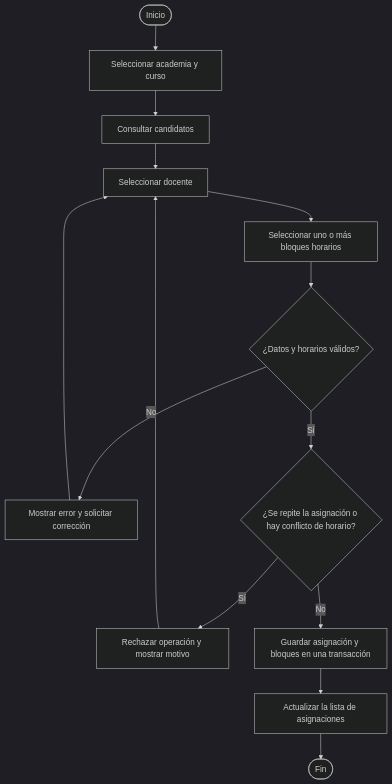
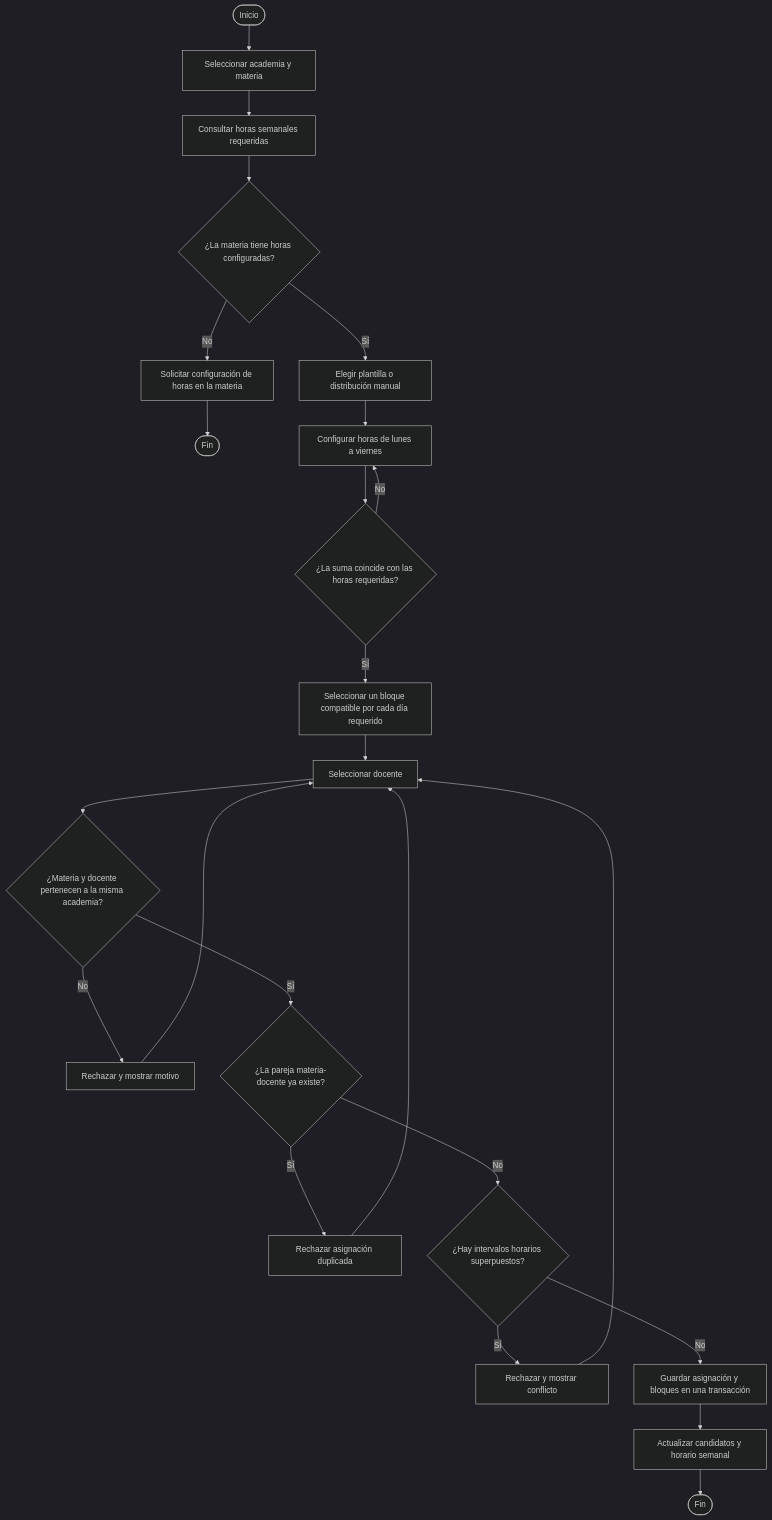
The first of 2 diagrams in levantamiento_requerimientos.md (kevin-coronado-carmona-201398/sistema-gestion-docentes), drawn with Mermaid (dark theme) before and after one commit. The commit also changed other lines of this file and 7 other files, not shown here.

````diff
--- a/levantamiento_requerimientos.md
+++ b/levantamiento_requerimientos.md
@@ -420,16 +666,26 @@
 ```mermaid
 flowchart TD
-    A([Inicio]) --> B[Seleccionar academia y curso]
-    B --> C[Consultar candidatos]
-    C --> D[Seleccionar docente]
-    D --> E[Seleccionar uno o más bloques horarios]
-    E --> F{¿Datos y horarios válidos?}
-    F -- No --> G[Mostrar error y solicitar corrección]
-    G --> D
-    F -- Sí --> H{¿Se repite la asignación o hay conflicto de horario?}
-    H -- Sí --> I[Rechazar operación y mostrar motivo]
-    I --> D
-    H -- No --> J[Guardar asignación y bloques en una transacción]
-    J --> K[Actualizar la lista de asignaciones]
-    K --> L([Fin])
+    A([Inicio]) --> B[Seleccionar academia y materia]
+    B --> C[Consultar horas semanales requeridas]
+    C --> D{¿La materia tiene horas configuradas?}
+    D -- No --> E[Solicitar configuración de horas en la materia]
+    E --> Z([Fin])
+    D -- Sí --> F[Elegir plantilla o distribución manual]
+    F --> G[Configurar horas de lunes a viernes]
+    G --> H{¿La suma coincide con las horas requeridas?}
+    H -- No --> G
+    H -- Sí --> I[Seleccionar un bloque compatible por cada día requerido]
+    I --> J[Seleccionar docente]
+    J --> K{¿Materia y docente pertenecen a la misma academia?}
+    K -- No --> L[Rechazar y mostrar motivo]
+    L --> J
+    K -- Sí --> M{¿La pareja materia-docente ya existe?}
+    M -- Sí --> N[Rechazar asignación duplicada]
+    N --> J
+    M -- No --> O{¿Hay intervalos horarios superpuestos?}
+    O -- Sí --> P[Rechazar y mostrar conflicto]
+    P --> J
+    O -- No --> Q[Guardar asignación y bloques en una transacción]
+    Q --> R[Actualizar candidatos y horario semanal]
+    R --> S([Fin])
 ```
````
